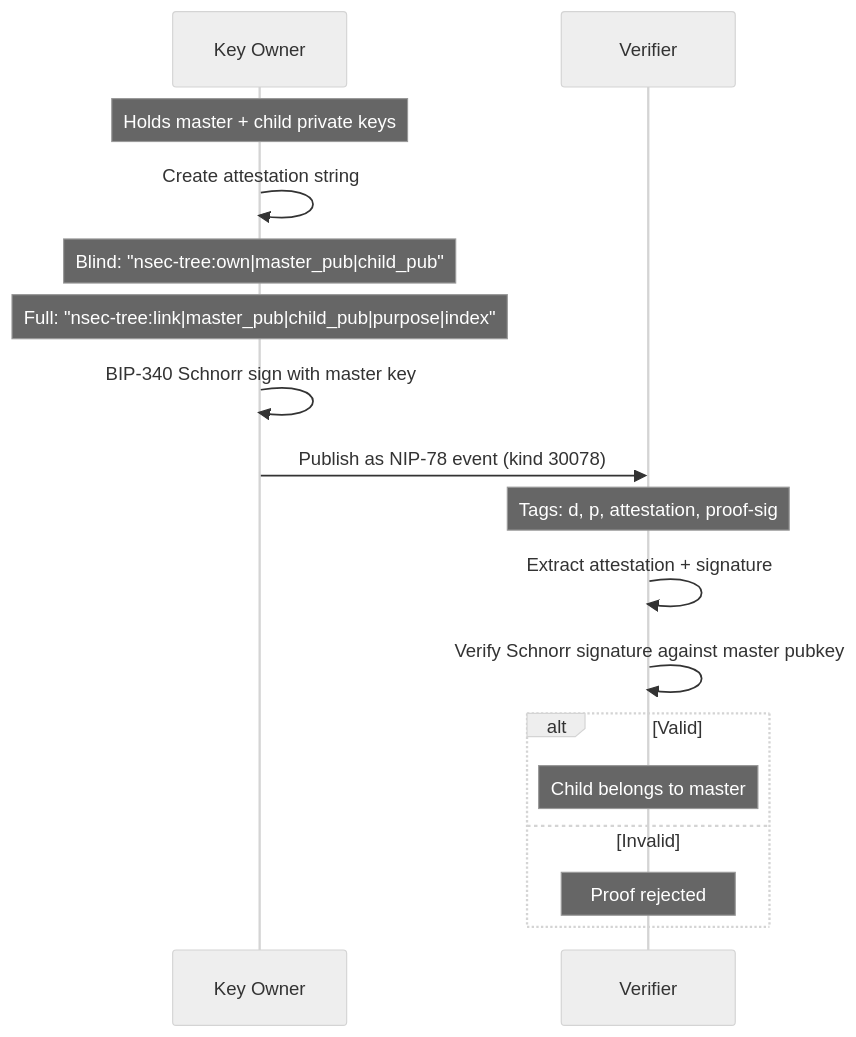
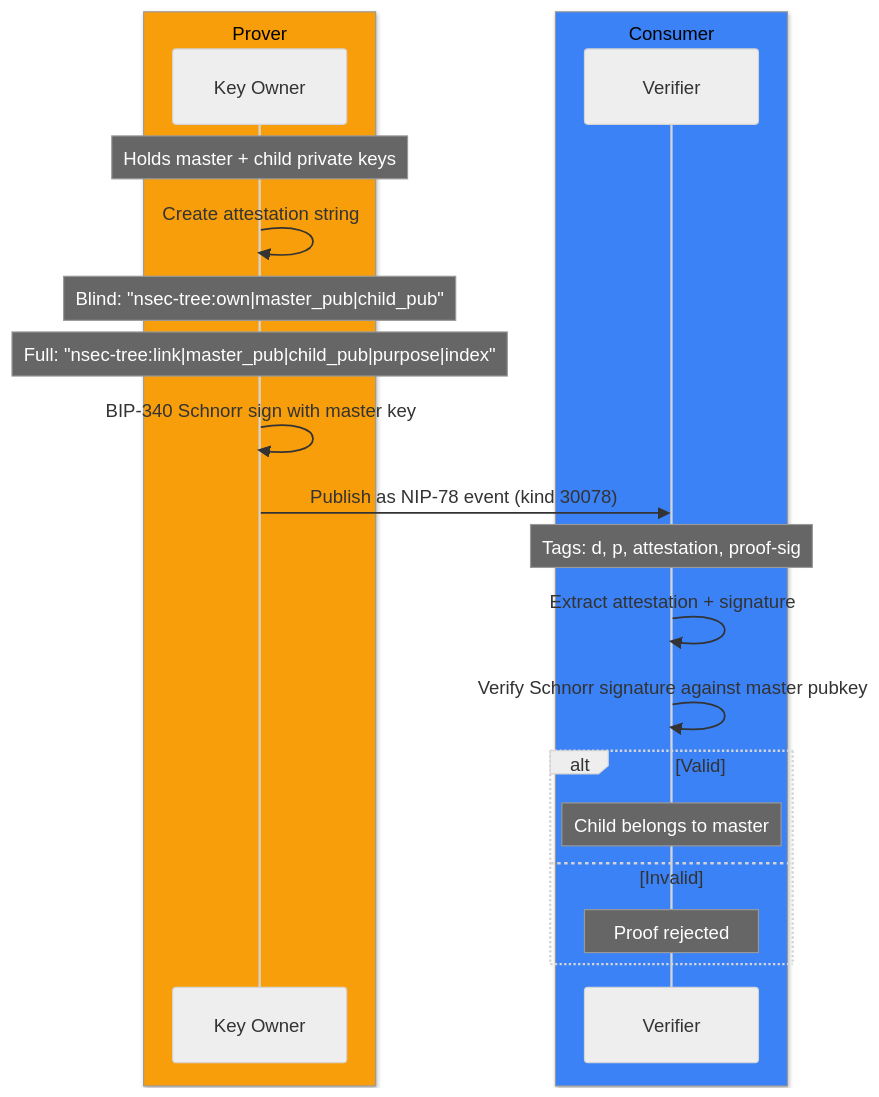
Before and after one commit to forgesworn/nsec-tree: the second of 2 diagrams in ARCHITECTURE.md, drawn with Mermaid (neutral theme).

Commit message:
style: add colour boxes to linkage proof sequence diagram

````diff
--- a/ARCHITECTURE.md
+++ b/ARCHITECTURE.md
@@ -55,24 +55,28 @@
 ```mermaid
 sequenceDiagram
-    participant O as Key Owner
-    participant V as Verifier
+    box rgb(249, 158, 11) Prover
+        participant O as Key Owner
+    end
+    box rgb(59, 130, 246) Consumer
+        participant V as Verifier
+    end
 
     Note over O: Holds master + child private keys
 
     O->>O: Create attestation string
     Note over O: Blind: "nsec-tree:own|master_pub|child_pub"
     Note over O: Full: "nsec-tree:link|master_pub|child_pub|purpose|index"
     O->>O: BIP-340 Schnorr sign with master key
 
     O->>V: Publish as NIP-78 event (kind 30078)
     Note over V: Tags: d, p, attestation, proof-sig
 
     V->>V: Extract attestation + signature
     V->>V: Verify Schnorr signature against master pubkey
 
     alt Valid
         Note over V: Child belongs to master
     else Invalid
         Note over V: Proof rejected
     end
 ```
````
